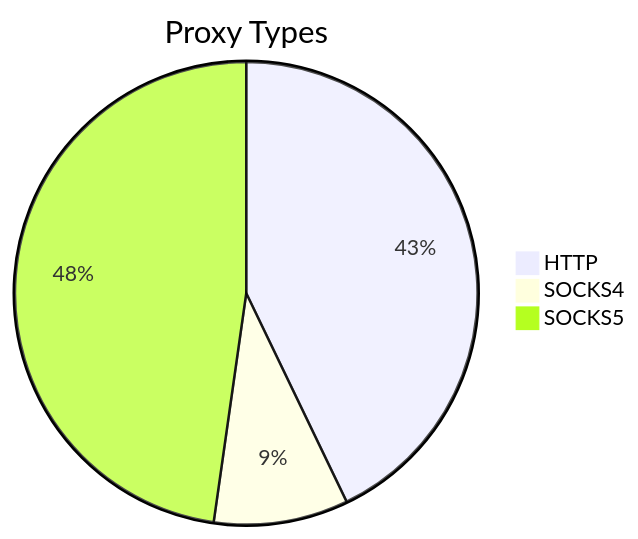
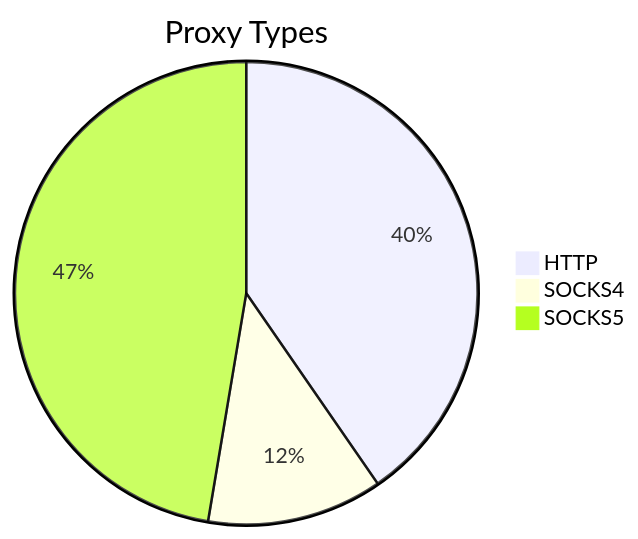
One commit to stormsia/proxy-list changed the first of 2 diagrams in README.md. Above: the diagram before and after it, drawn with Mermaid. The commit also changed other lines of this file, not shown here.

````diff
--- a/README.md
+++ b/README.md
@@ -21,6 +21,6 @@
 ```mermaid
 pie title Proxy Types
-    "HTTP" : 219
-    "SOCKS4" : 48
-    "SOCKS5" : 244
+    "HTTP" : 168
+    "SOCKS4" : 51
+    "SOCKS5" : 197
 ```
````
